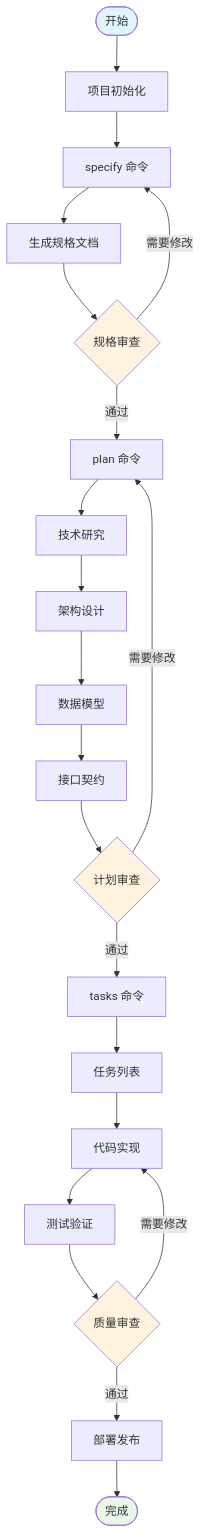
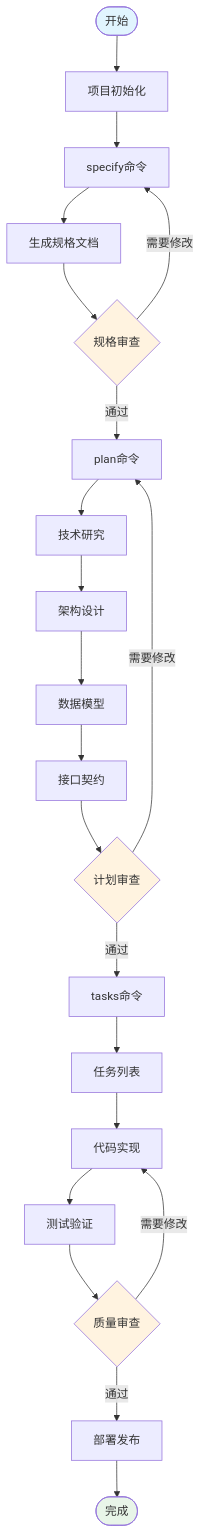
One commit to nicekate/spec-kit changed the fourth of 5 diagrams in TECHNICAL_DOCUMENTATION.md. Above: the diagram before and after it, drawn with Mermaid.

Commit message:
修复完整开发流程图的节点命名
- 将节点名称从 SpecifyCmd/PlanCmd/TasksCmd 改为 SpecifyStep/PlanStep/TasksStep
- 移除节点名称中的空格，避免解析错误
- 确保所有节点名称符合Mermaid语法规范
- 重新创建图表内容，清除可能的隐藏字符
- 图表现在应该可以正确渲染

````diff
--- a/TECHNICAL_DOCUMENTATION.md
+++ b/TECHNICAL_DOCUMENTATION.md
@@ -427,31 +427,31 @@
 ```mermaid
 flowchart TD
     Start([开始]) --> Init[项目初始化]
-    Init --> SpecifyCmd[specify 命令]
-    SpecifyCmd --> SpecDoc[生成规格文档]
+    Init --> SpecifyStep[specify命令]
+    SpecifyStep --> SpecDoc[生成规格文档]
     SpecDoc --> Review1{规格审查}
-    Review1 -->|需要修改| SpecifyCmd
-    Review1 -->|通过| PlanCmd[plan 命令]
+    Review1 -->|需要修改| SpecifyStep
+    Review1 -->|通过| PlanStep[plan命令]
 
-    PlanCmd --> Research[技术研究]
+    PlanStep --> Research[技术研究]
     Research --> Architecture[架构设计]
     Architecture --> DataModel[数据模型]
     DataModel --> Contracts[接口契约]
     Contracts --> Review2{计划审查}
-    Review2 -->|需要修改| PlanCmd
-    Review2 -->|通过| TasksCmd[tasks 命令]
+    Review2 -->|需要修改| PlanStep
+    Review2 -->|通过| TasksStep[tasks命令]
 
-    TasksCmd --> TaskList[任务列表]
+    TasksStep --> TaskList[任务列表]
     TaskList --> Implementation[代码实现]
     Implementation --> Testing[测试验证]
     Testing --> Review3{质量审查}
     Review3 -->|需要修改| Implementation
     Review3 -->|通过| Deploy[部署发布]
     Deploy --> End([完成])
 
     style Start fill:#e1f5fe
     style End fill:#e8f5e8
     style Review1 fill:#fff3e0
     style Review2 fill:#fff3e0
     style Review3 fill:#fff3e0
 ```
````
